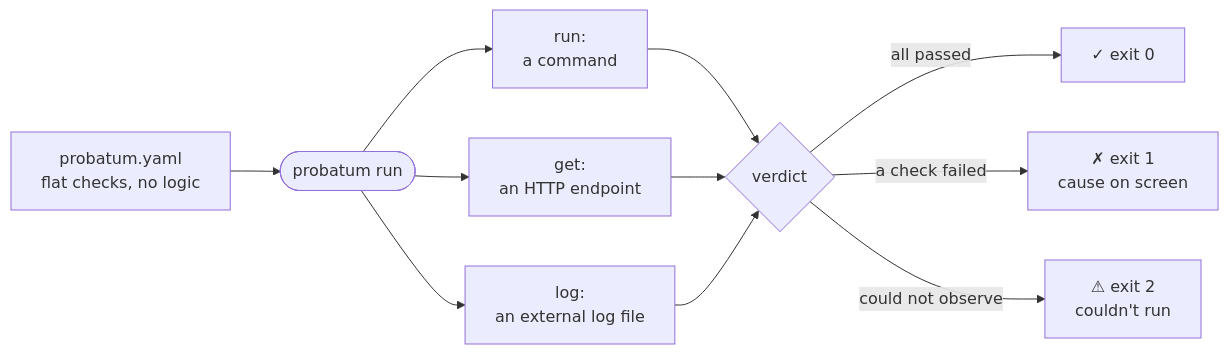
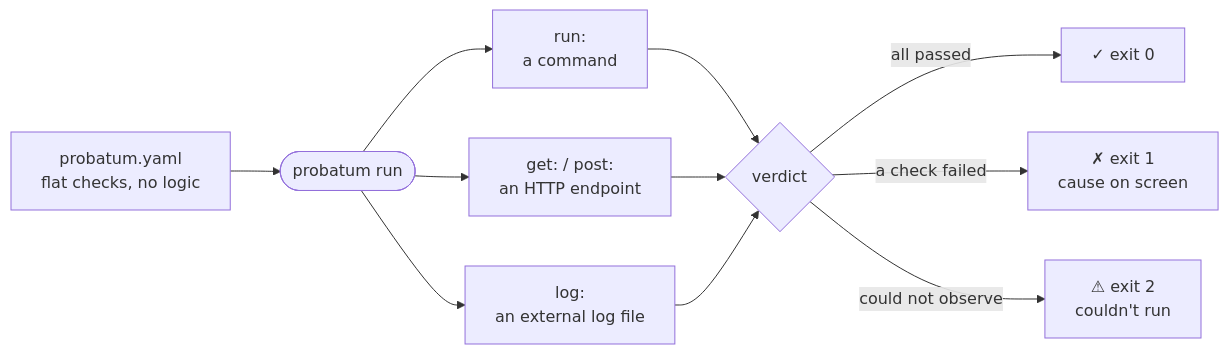
Before and after one commit to probatum-org/probatum: the first of 2 diagrams in README.md, drawn with Mermaid. The commit also changed other lines of this file and 8 other files, not shown here.

First line of the commit message:
post: — embedded HTTP write checks (body, flat headers)

````diff
--- a/README.md
+++ b/README.md
@@ -17,13 +17,13 @@
 ```mermaid
 flowchart LR
     Y["probatum.yaml<br/>flat checks, no logic"] --> P(["probatum run"])
     P --> R["run:<br/>a command"]
-    P --> G["get:<br/>an HTTP endpoint"]
+    P --> G["get: / post:<br/>an HTTP endpoint"]
     P --> L["log:<br/>an external log file"]
     R --> V{"verdict"}
     G --> V
     L --> V
     V -- all passed --> OK["✓ exit 0"]
     V -- a check failed --> KO["✗ exit 1<br/>cause on screen"]
     V -- could not observe --> NR["⚠ exit 2<br/>couldn't run"]
 ```
````
